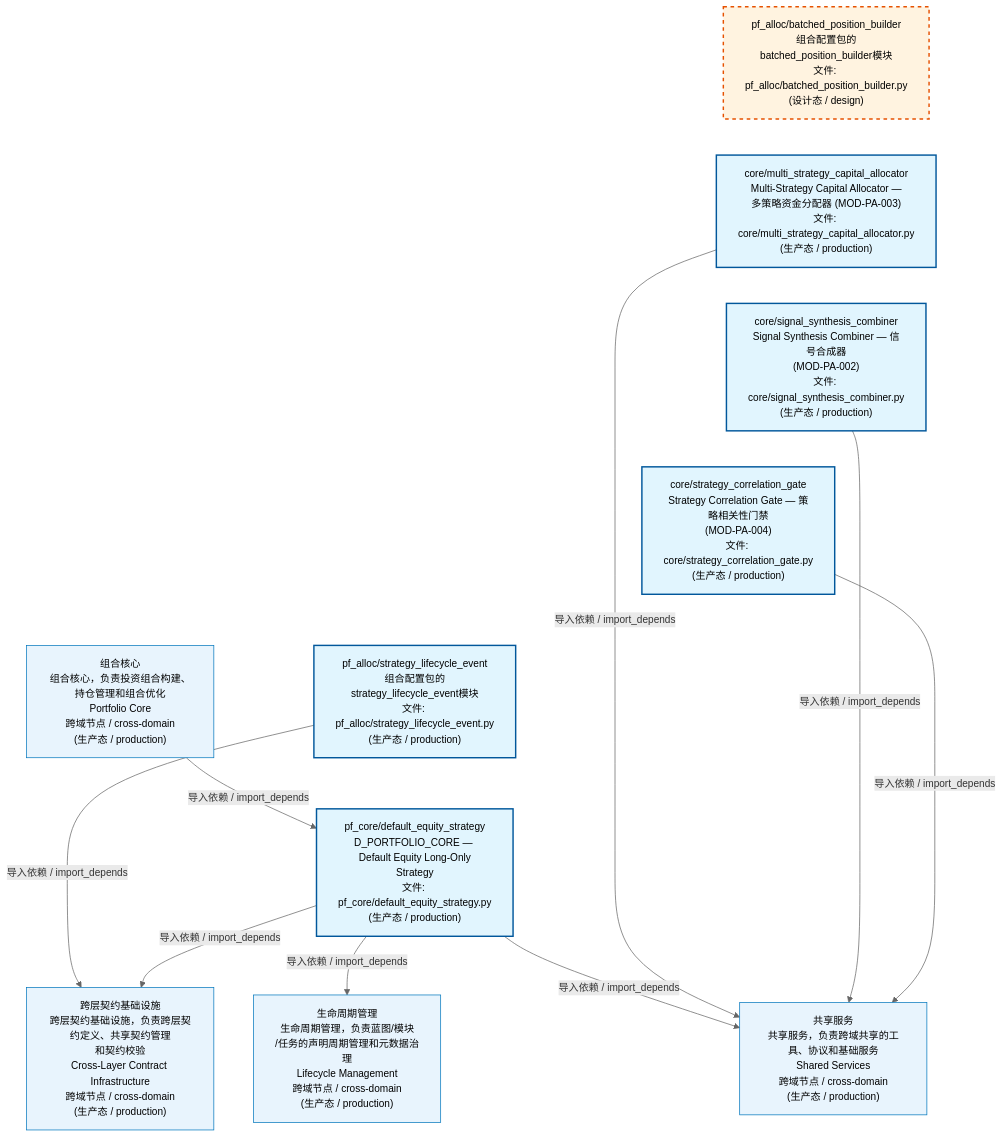
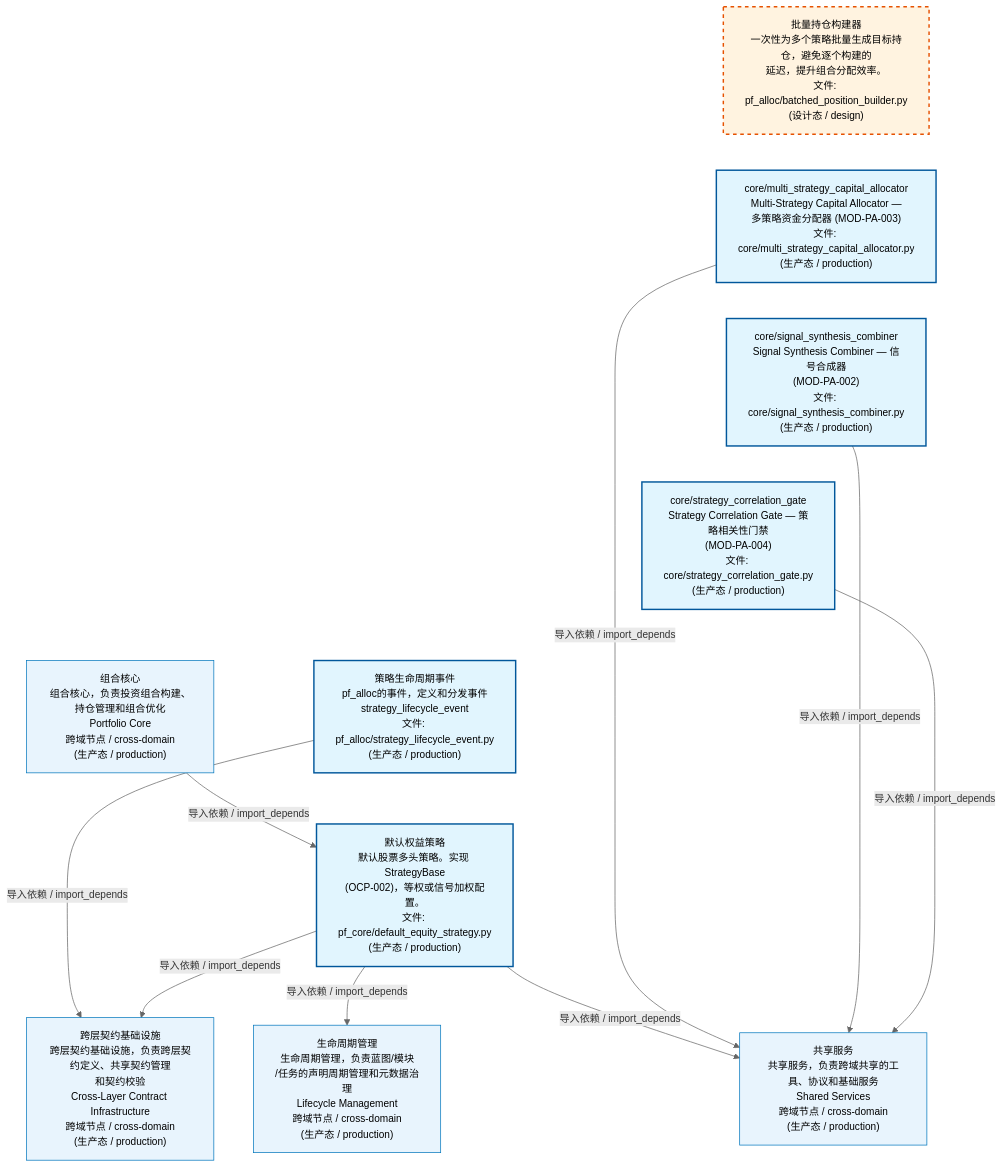
The first of 4 diagrams in docs/02_enterprise_architecture/02_domain_architecture_docs/62_d_pf_alloc.md (xuanFelixVan/ZephyrAlpha), drawn with Mermaid before and after one commit. The commit also changed other lines of this file and 54 other files, not shown here.

````diff
--- a/docs/02_enterprise_architecture/02_domain_architecture_docs/62_d_pf_alloc.md
+++ b/docs/02_enterprise_architecture/02_domain_architecture_docs/62_d_pf_alloc.md
@@ -53,34 +53,34 @@
 ```mermaid
 %%{init: {'theme': 'base', 'themeVariables': {'primaryColor': '#eaeaea', 'primaryTextColor': '#333333', 'primaryBorderColor': '#666666', 'lineColor': '#666666', 'secondaryColor': '#eaeaea', 'tertiaryColor': '#eaeaea', 'fontSize': '14px'}}}%%
 flowchart TD
-    src_zephyr_pf_alloc_batched_position_builder_py["pf_alloc/batched_position_builder<br/>组合配置包的batched_position_builder模块<br/>文件: pf_alloc/batched_position_builder.py<br/>(设计态 / design)"]
+    src_zephyr_pf_alloc_batched_position_builder_py["批量持仓构建器<br/>一次性为多个策略批量生成目标持仓，避免逐个构建的<br/>延迟，提升组合分配效率。<br/>文件: pf_alloc/batched_position_builder.py<br/>(设计态 / design)"]
     src_zephyr_pf_alloc_core_multi_strategy_capital_allocator_py["core/multi_strategy_capital_allocator<br/>Multi-Strategy Capital Allocator —<br/>多策略资金分配器 (MOD-PA-003)<br/>文件: core/multi_strategy_capital_allocator.py<br/>(生产态 / production)"]
     src_zephyr_pf_alloc_core_signal_synthesis_combiner_py["core/signal_synthesis_combiner<br/>Signal Synthesis Combiner — 信号合成器<br/>(MOD-PA-002)<br/>文件: core/signal_synthesis_combiner.py<br/>(生产态 / production)"]
     src_zephyr_pf_alloc_core_strategy_correlation_gate_py["core/strategy_correlation_gate<br/>Strategy Correlation Gate — 策略相关性门禁<br/>(MOD-PA-004)<br/>文件: core/strategy_correlation_gate.py<br/>(生产态 / production)"]
-    src_zephyr_pf_alloc_strategy_lifecycle_event_py["pf_alloc/strategy_lifecycle_event<br/>组合配置包的strategy_lifecycle_event模块<br/>文件: pf_alloc/strategy_lifecycle_event.py<br/>(生产态 / production)"]
-    src_zephyr_pf_core_default_equity_strategy_py["pf_core/default_equity_strategy<br/>D_PORTFOLIO_CORE — Default Equity Long-Only<br/>Strategy<br/>文件: pf_core/default_equity_strategy.py<br/>(生产态 / production)"]
+    src_zephyr_pf_alloc_strategy_lifecycle_event_py["策略生命周期事件<br/>pf_alloc的事件，定义和分发事件<br/>strategy_lifecycle_event<br/>文件: pf_alloc/strategy_lifecycle_event.py<br/>(生产态 / production)"]
+    src_zephyr_pf_core_default_equity_strategy_py["默认权益策略<br/>默认股票多头策略。实现 StrategyBase<br/>(OCP-002)，等权或信号加权配置。<br/>文件: pf_core/default_equity_strategy.py<br/>(生产态 / production)"]
     src_zephyr_pf_alloc_batched_position_builder_py ~~~ src_zephyr_pf_alloc_core_multi_strategy_capital_allocator_py
     src_zephyr_pf_alloc_core_multi_strategy_capital_allocator_py ~~~ src_zephyr_pf_alloc_core_signal_synthesis_combiner_py
     src_zephyr_pf_alloc_core_signal_synthesis_combiner_py ~~~ src_zephyr_pf_alloc_core_strategy_correlation_gate_py
     src_zephyr_pf_alloc_core_strategy_correlation_gate_py ~~~ src_zephyr_pf_alloc_strategy_lifecycle_event_py
     src_zephyr_pf_alloc_strategy_lifecycle_event_py ~~~ src_zephyr_pf_core_default_equity_strategy_py
     D_SHARED["共享服务<br/>共享服务，负责跨域共享的工具、协议和基础服务<br/>Shared Services<br/>跨域节点 / cross-domain<br/>(生产态 / production)"]
     src_zephyr_pf_alloc_core_strategy_correlation_gate_py -->|导入依赖 / import_depends| D_SHARED
     src_zephyr_pf_alloc_core_signal_synthesis_combiner_py -->|导入依赖 / import_depends| D_SHARED
     src_zephyr_pf_alloc_core_multi_strategy_capital_allocator_py -->|导入依赖 / import_depends| D_SHARED
     D_INFRASTRUCTURE["跨层契约基础设施<br/>跨层契约基础设施，负责跨层契约定义、共享契约管理<br/>和契约校验<br/>Cross-Layer Contract Infrastructure<br/>跨域节点 / cross-domain<br/>(生产态 / production)"]
     src_zephyr_pf_core_default_equity_strategy_py -->|导入依赖 / import_depends| D_INFRASTRUCTURE
     src_zephyr_pf_alloc_strategy_lifecycle_event_py -->|导入依赖 / import_depends| D_INFRASTRUCTURE
     src_zephyr_pf_core_default_equity_strategy_py -->|导入依赖 / import_depends| D_SHARED
     D_GOVERNANCE["生命周期管理<br/>生命周期管理，负责蓝图/模块<br/>/任务的声明周期管理和元数据治理<br/>Lifecycle Management<br/>跨域节点 / cross-domain<br/>(生产态 / production)"]
     src_zephyr_pf_core_default_equity_strategy_py -->|导入依赖 / import_depends| D_GOVERNANCE
     D_PF_CORE["组合核心<br/>组合核心，负责投资组合构建、持仓管理和组合优化<br/>Portfolio Core<br/>跨域节点 / cross-domain<br/>(生产态 / production)"]
     D_PF_CORE -->|导入依赖 / import_depends| src_zephyr_pf_core_default_equity_strategy_py
     classDef production fill:#e1f5fe,stroke:#01579b,stroke-width:2px,color:#000
     classDef design fill:#fff3e0,stroke:#e65100,stroke-width:2px,color:#000,stroke-dasharray: 5 5
     classDef external_prod fill:#e8f4fd,stroke:#0277bd,stroke-width:1px,color:#000
     classDef external_design fill:#fff8e7,stroke:#ef6c00,stroke-width:1px,color:#000,stroke-dasharray: 5 5
     class src_zephyr_pf_alloc_core_multi_strategy_capital_allocator_py,src_zephyr_pf_alloc_core_signal_synthesis_combiner_py,src_zephyr_pf_alloc_core_strategy_correlation_gate_py,src_zephyr_pf_alloc_strategy_lifecycle_event_py,src_zephyr_pf_core_default_equity_strategy_py production
     class src_zephyr_pf_alloc_batched_position_builder_py design
     class D_SHARED,D_INFRASTRUCTURE,D_GOVERNANCE,D_PF_CORE external_prod
 ```
````
